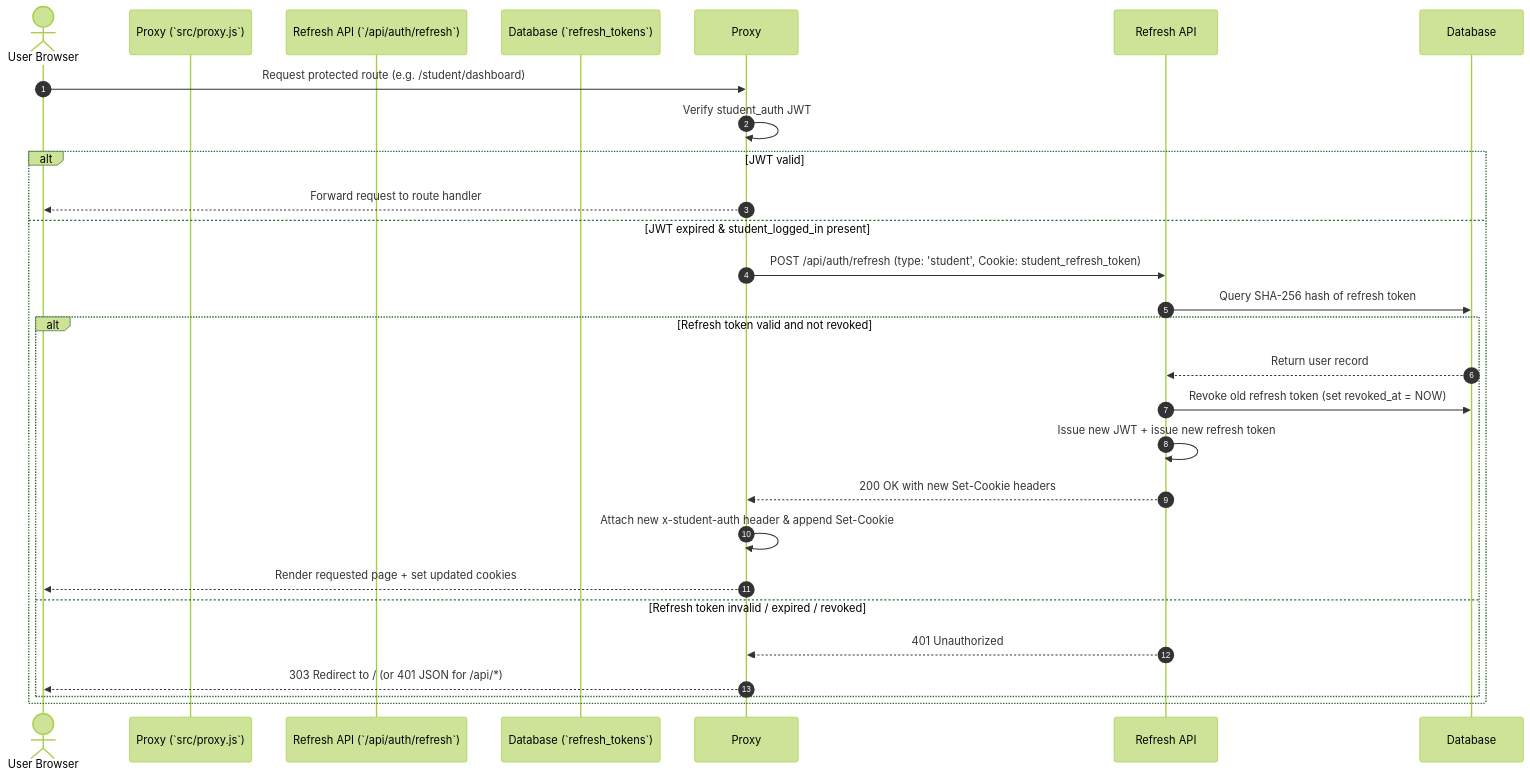
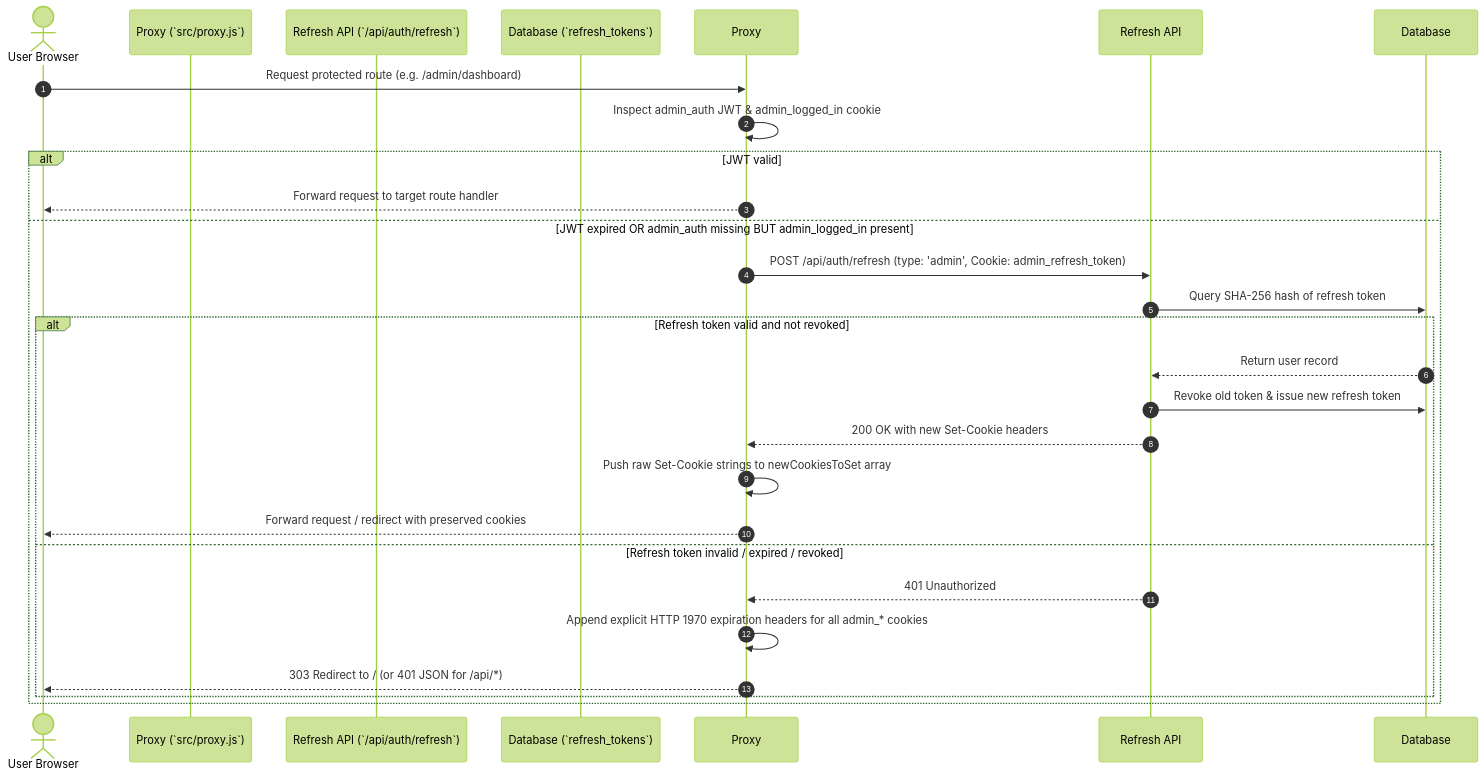
The second of 2 diagrams in DOCUMENTATION/authentication/authentication.md (GouthamA15/KUCET_College_Management_System), drawn with Mermaid (forest theme) before and after one commit. The commit also changed other lines of this file and 6 other files, not shown here.

````diff
--- a/DOCUMENTATION/authentication/authentication.md
+++ b/DOCUMENTATION/authentication/authentication.md
@@ -75,28 +100,28 @@
 ```mermaid
 sequenceDiagram
     autonumber
     actor User Browser
     participant Proxy (`src/proxy.js`)
     participant Refresh API (`/api/auth/refresh`)
     participant Database (`refresh_tokens`)
 
-    User Browser->>Proxy: Request protected route (e.g. /student/dashboard)
-    Proxy->>Proxy: Verify student_auth JWT
+    User Browser->>Proxy: Request protected route (e.g. /admin/dashboard)
+    Proxy->>Proxy: Inspect admin_auth JWT & admin_logged_in cookie
     alt JWT valid
-        Proxy-->>User Browser: Forward request to route handler
-    else JWT expired & student_logged_in present
-        Proxy->>Refresh API: POST /api/auth/refresh (type: 'student', Cookie: student_refresh_token)
+        Proxy-->>User Browser: Forward request to target route handler
+    else JWT expired OR admin_auth missing BUT admin_logged_in present
+        Proxy->>Refresh API: POST /api/auth/refresh (type: 'admin', Cookie: admin_refresh_token)
         Refresh API->>Database: Query SHA-256 hash of refresh token
         alt Refresh token valid and not revoked
             Database-->>Refresh API: Return user record
-            Refresh API->>Database: Revoke old refresh token (set revoked_at = NOW)
-            Refresh API->>Refresh API: Issue new JWT + issue new refresh token
+            Refresh API->>Database: Revoke old token & issue new refresh token
             Refresh API-->>Proxy: 200 OK with new Set-Cookie headers
-            Proxy->>Proxy: Attach new x-student-auth header & append Set-Cookie
-            Proxy-->>User Browser: Render requested page + set updated cookies
+            Proxy->>Proxy: Push raw Set-Cookie strings to newCookiesToSet array
+            Proxy-->>User Browser: Forward request / redirect with preserved cookies
         else Refresh token invalid / expired / revoked
             Refresh API-->>Proxy: 401 Unauthorized
+            Proxy->>Proxy: Append explicit HTTP 1970 expiration headers for all admin_* cookies
             Proxy-->>User Browser: 303 Redirect to / (or 401 JSON for /api/*)
         end
     end
 ```
````
